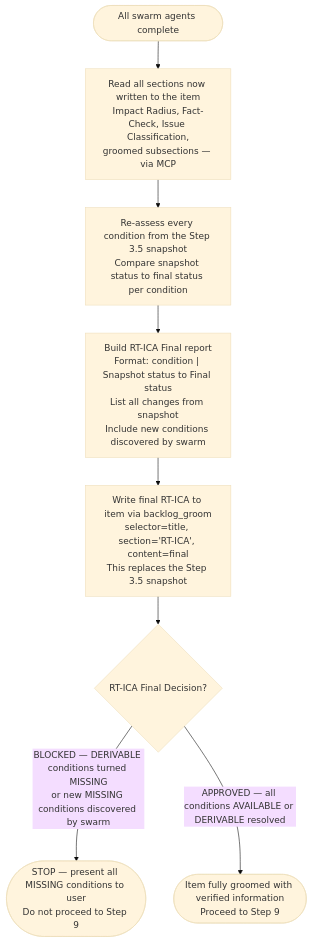
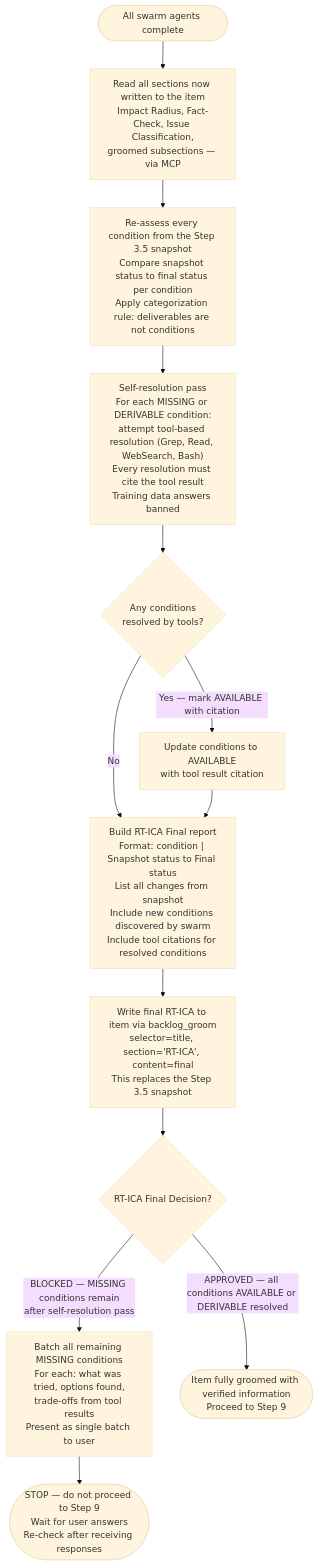
One commit to chgreer1070/claude_skills changed the fifth of 5 diagrams in .claude/skills/groom-backlog-item/SKILL.md. Above: the diagram before and after it, drawn with Mermaid (base theme). The commit also changed other lines of this file and 4 other files, not shown here.

First line of the commit message:
feat(skills): add RT-ICA self-resolution pass and ARL-informed BLOCKED handling

````diff
--- a/.claude/skills/groom-backlog-item/SKILL.md
+++ b/.claude/skills/groom-backlog-item/SKILL.md
@@ -357,10 +368,15 @@
 ```mermaid
 flowchart TD
     SwarmDone(["All swarm agents complete"]) --> ReadAll["Read all sections now written to the item<br>Impact Radius, Fact-Check, Issue Classification,<br>groomed subsections — via MCP"]
-    ReadAll --> ReAssess["Re-assess every condition from the Step 3.5 snapshot<br>Compare snapshot status to final status per condition"]
-    ReAssess --> BuildFinal["Build RT-ICA Final report<br>Format: condition | Snapshot status to Final status<br>List all changes from snapshot<br>Include new conditions discovered by swarm"]
+    ReadAll --> ReAssess["Re-assess every condition from the Step 3.5 snapshot<br>Compare snapshot status to final status per condition<br>Apply categorization rule: deliverables are not conditions"]
+    ReAssess --> ResolutionPass["Self-resolution pass<br>For each MISSING or DERIVABLE condition:<br>attempt tool-based resolution (Grep, Read, WebSearch, Bash)<br>Every resolution must cite the tool result<br>Training data answers banned"]
+    ResolutionPass --> ResolvedAny{"Any conditions<br>resolved by tools?"}
+    ResolvedAny -->|"Yes — mark AVAILABLE with citation"| UpdateConditions["Update conditions to AVAILABLE<br>with tool result citation"]
+    ResolvedAny -->|"No"| BuildFinal
+    UpdateConditions --> BuildFinal["Build RT-ICA Final report<br>Format: condition | Snapshot status to Final status<br>List all changes from snapshot<br>Include new conditions discovered by swarm<br>Include tool citations for resolved conditions"]
     BuildFinal --> WriteRTICA["Write final RT-ICA to item via backlog_groom<br>selector=title, section='RT-ICA', content=final<br>This replaces the Step 3.5 snapshot"]
     WriteRTICA --> FinalDecision{"RT-ICA Final Decision?"}
-    FinalDecision -->|"BLOCKED — DERIVABLE conditions turned MISSING<br>or new MISSING conditions discovered by swarm"| BlockedStop(["STOP — present all MISSING conditions to user<br>Do not proceed to Step 9"])
+    FinalDecision -->|"BLOCKED — MISSING conditions remain<br>after self-resolution pass"| BlockedBatch["Batch all remaining MISSING conditions<br>For each: what was tried, options found,<br>trade-offs from tool results<br>Present as single batch to user"]
+    BlockedBatch --> BlockedStop(["STOP — do not proceed to Step 9<br>Wait for user answers<br>Re-check after receiving responses"])
     FinalDecision -->|"APPROVED — all conditions AVAILABLE or DERIVABLE resolved"| Proceed(["Item fully groomed with verified information<br>Proceed to Step 9"])
 ```
````
